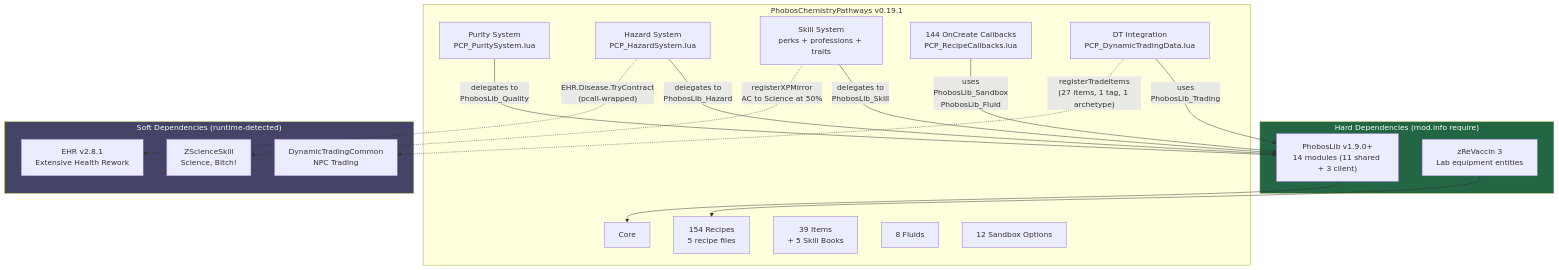
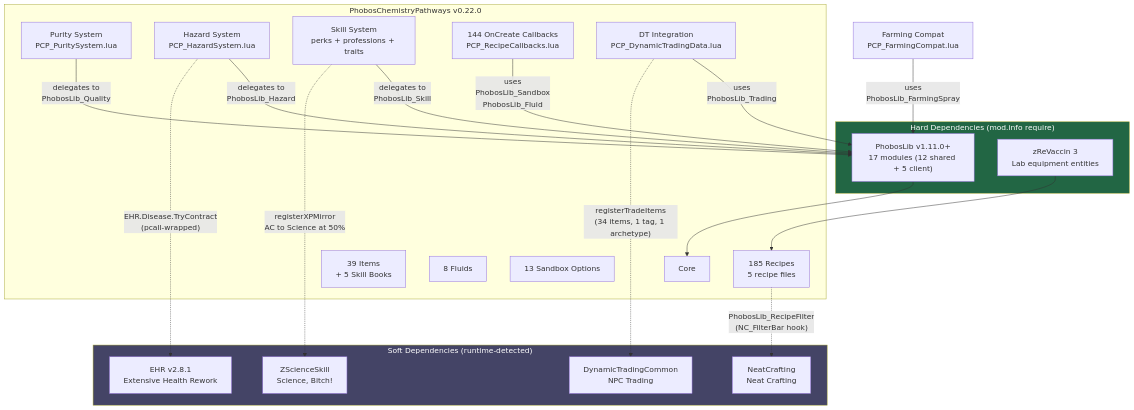
One commit to phobos-dthorga/mod-pz-chemistry-pathways changed the diagram in docs/mermaid-src/architecture.mmd. Above: the diagram before and after it, drawn with Mermaid. The commit also changed 13 other files, not shown here.

Commit message:
docs: update documentation for v0.22.0 — changelog, README, mermaid diagrams, diagram docs, BBCode

```diff
--- a/docs/mermaid-src/architecture.mmd
+++ b/docs/mermaid-src/architecture.mmd
@@ -1,40 +1,44 @@
 graph TB
     subgraph HARD["Hard Dependencies (mod.info require)"]
-        PL["PhobosLib v1.9.0+<br/>14 modules (11 shared + 3 client)"]
+        PL["PhobosLib v1.11.0+<br/>17 modules (12 shared + 5 client)"]
         ZR["zReVaccin 3<br/>Lab equipment entities"]
     end
 
-    subgraph PCP["PhobosChemistryPathways v0.19.1"]
+    subgraph PCP["PhobosChemistryPathways v0.22.0"]
         CORE["Core"]
-        REC["154 Recipes<br/>5 recipe files"]
+        REC["185 Recipes<br/>5 recipe files"]
         ITEMS["39 Items<br/>+ 5 Skill Books"]
         FLUIDS["8 Fluids"]
-        SB["12 Sandbox Options"]
+        SB["13 Sandbox Options"]
         PURITY["Purity System<br/>PCP_PuritySystem.lua"]
         HAZARD["Hazard System<br/>PCP_HazardSystem.lua"]
         SKILL["Skill System<br/>perks + professions + traits"]
         CALLBACKS["144 OnCreate Callbacks<br/>PCP_RecipeCallbacks.lua"]
         TRADING["DT Integration<br/>PCP_DynamicTradingData.lua"]
     end
 
     subgraph SOFT["Soft Dependencies (runtime-detected)"]
         ZSS["ZScienceSkill<br/>Science, Bitch!"]
         EHR["EHR v2.8.1<br/>Extensive Health Rework"]
         DT["DynamicTradingCommon<br/>NPC Trading"]
+        NC["NeatCrafting<br/>Neat Crafting"]
     end
 
     PL --> CORE
     ZR --> REC
 
     PURITY -->|"delegates to<br/>PhobosLib_Quality"| PL
     HAZARD -->|"delegates to<br/>PhobosLib_Hazard"| PL
     SKILL -->|"delegates to<br/>PhobosLib_Skill"| PL
     CALLBACKS -->|"uses<br/>PhobosLib_Sandbox<br/>PhobosLib_Fluid"| PL
     TRADING -->|"uses<br/>PhobosLib_Trading"| PL
+    FARMING["Farming Compat<br/>PCP_FarmingCompat.lua"]
+    FARMING -->|"uses<br/>PhobosLib_FarmingSpray"| PL
 
     HAZARD -.->|"EHR.Disease.TryContract<br/>(pcall-wrapped)"| EHR
     SKILL -.->|"registerXPMirror<br/>AC to Science at 50%"| ZSS
-    TRADING -.->|"registerTradeItems<br/>(27 items, 1 tag, 1 archetype)"| DT
+    TRADING -.->|"registerTradeItems<br/>(34 items, 1 tag, 1 archetype)"| DT
+    REC -.->|"PhobosLib_RecipeFilter<br/>(NC_FilterBar hook)"| NC
 
     style HARD fill:#264,color:#fff
     style SOFT fill:#446,color:#fff
```
